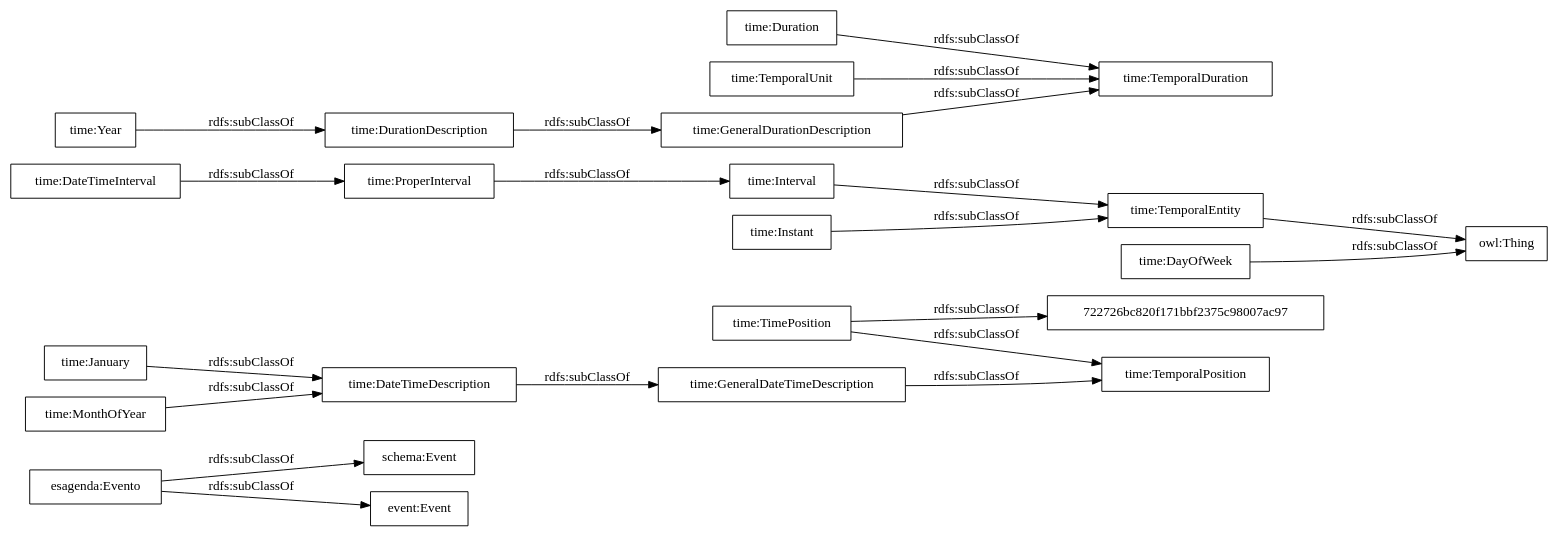
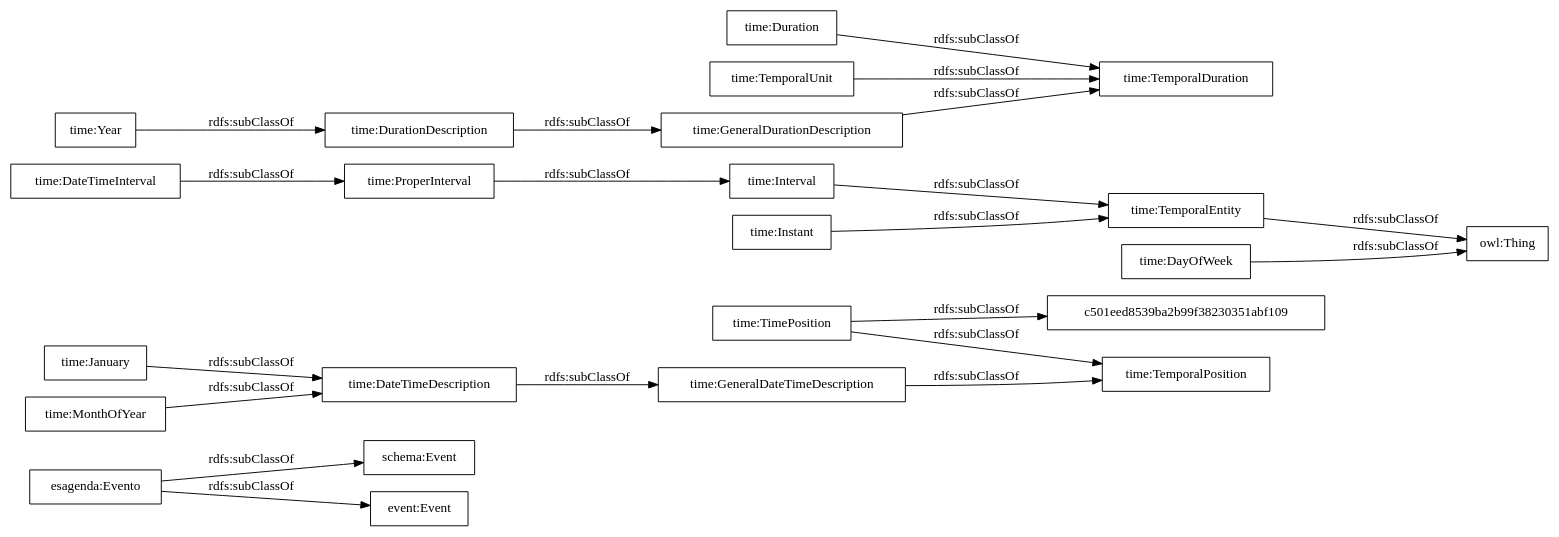
Before and after one commit to ma-garcia/visualization: the diagram in OnToology/cultura-ocio-agenda-eventos-actividades/agenda.owl/diagrams/ar2dtool-taxonomy/agenda.owl.png.dot, drawn with Graphviz. The commit also changed 114 other files, not shown here.

```diff
--- a/OnToology/cultura-ocio-agenda-eventos-actividades/agenda.owl/diagrams/ar2dtool-taxonomy/agenda.owl.png.dot
+++ b/OnToology/cultura-ocio-agenda-eventos-actividades/agenda.owl/diagrams/ar2dtool-taxonomy/agenda.owl.png.dot
@@ -1,25 +1,25 @@
 digraph ar2dtool_diagram { 
 rankdir=LR;
 size="1000"
-node [shape = rectangle, color="black"]; "esagenda:Evento" "schema:Event" "event:Event" "time:GeneralDateTimeDescription" "time:DateTimeInterval" "time:DurationDescription" "722726bc820f171bbf2375c98007ac97" "time:TemporalDuration" "time:Duration" "time:GeneralDurationDescription" "time:January" "time:ProperInterval" "time:TimePosition" "time:TemporalPosition" "time:Interval" "time:TemporalEntity" "time:Year" "time:MonthOfYear" "time:DateTimeDescription" "time:TemporalUnit" "time:Instant" "time:DayOfWeek" ; /*classes style*/
+node [shape = rectangle, color="black"]; "esagenda:Evento" "schema:Event" "event:Event" "time:GeneralDateTimeDescription" "time:DateTimeInterval" "time:DurationDescription" "time:TemporalDuration" "time:Duration" "time:GeneralDurationDescription" "time:January" "time:ProperInterval" "time:TimePosition" "time:TemporalPosition" "time:Interval" "time:TemporalEntity" "time:Year" "time:MonthOfYear" "time:DateTimeDescription" "c501eed8539ba2b99f38230351abf109" "time:TemporalUnit" "time:Instant" "time:DayOfWeek" ; /*classes style*/
 	"time:TemporalEntity" -> "owl:Thing" [ label = "rdfs:subClassOf" ];
 	"time:DateTimeInterval" -> "time:ProperInterval" [ label = "rdfs:subClassOf" ];
 	"time:DayOfWeek" -> "owl:Thing" [ label = "rdfs:subClassOf" ];
 	"time:TemporalUnit" -> "time:TemporalDuration" [ label = "rdfs:subClassOf" ];
 	"time:Year" -> "time:DurationDescription" [ label = "rdfs:subClassOf" ];
 	"time:Interval" -> "time:TemporalEntity" [ label = "rdfs:subClassOf" ];
 	"time:MonthOfYear" -> "time:DateTimeDescription" [ label = "rdfs:subClassOf" ];
 	"time:GeneralDurationDescription" -> "time:TemporalDuration" [ label = "rdfs:subClassOf" ];
 	"time:GeneralDateTimeDescription" -> "time:TemporalPosition" [ label = "rdfs:subClassOf" ];
 	"time:DateTimeDescription" -> "time:GeneralDateTimeDescription" [ label = "rdfs:subClassOf" ];
 	"time:DurationDescription" -> "time:GeneralDurationDescription" [ label = "rdfs:subClassOf" ];
-	"time:TimePosition" -> "722726bc820f171bbf2375c98007ac97" [ label = "rdfs:subClassOf" ];
+	"time:TimePosition" -> "c501eed8539ba2b99f38230351abf109" [ label = "rdfs:subClassOf" ];
 	"time:TimePosition" -> "time:TemporalPosition" [ label = "rdfs:subClassOf" ];
 	"time:January" -> "time:DateTimeDescription" [ label = "rdfs:subClassOf" ];
 	"time:ProperInterval" -> "time:Interval" [ label = "rdfs:subClassOf" ];
 	"time:Instant" -> "time:TemporalEntity" [ label = "rdfs:subClassOf" ];
 	"esagenda:Evento" -> "schema:Event" [ label = "rdfs:subClassOf" ];
 	"esagenda:Evento" -> "event:Event" [ label = "rdfs:subClassOf" ];
 	"time:Duration" -> "time:TemporalDuration" [ label = "rdfs:subClassOf" ];
 
 }
```
